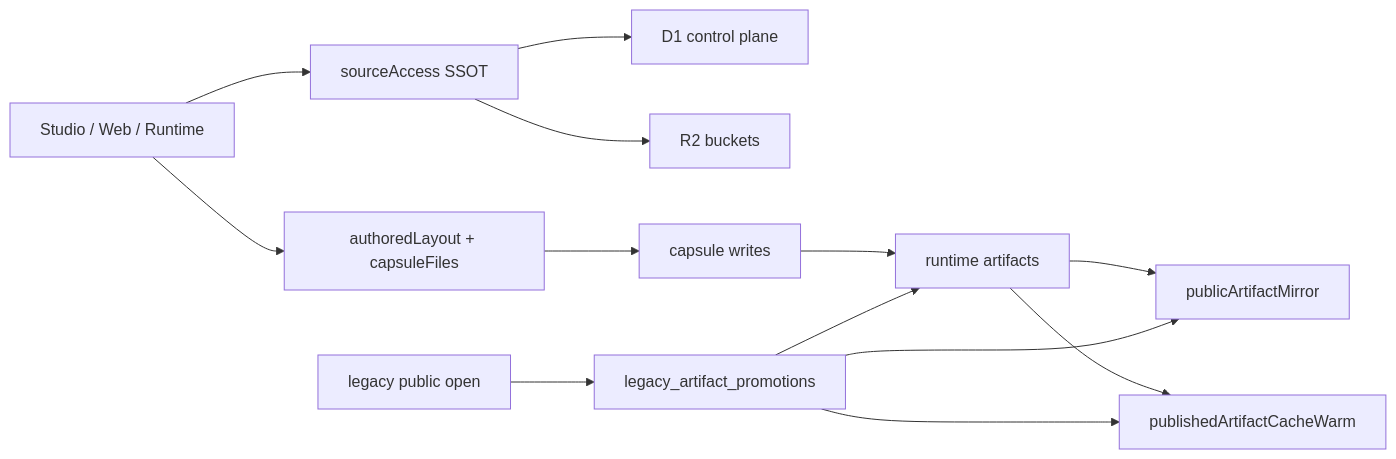
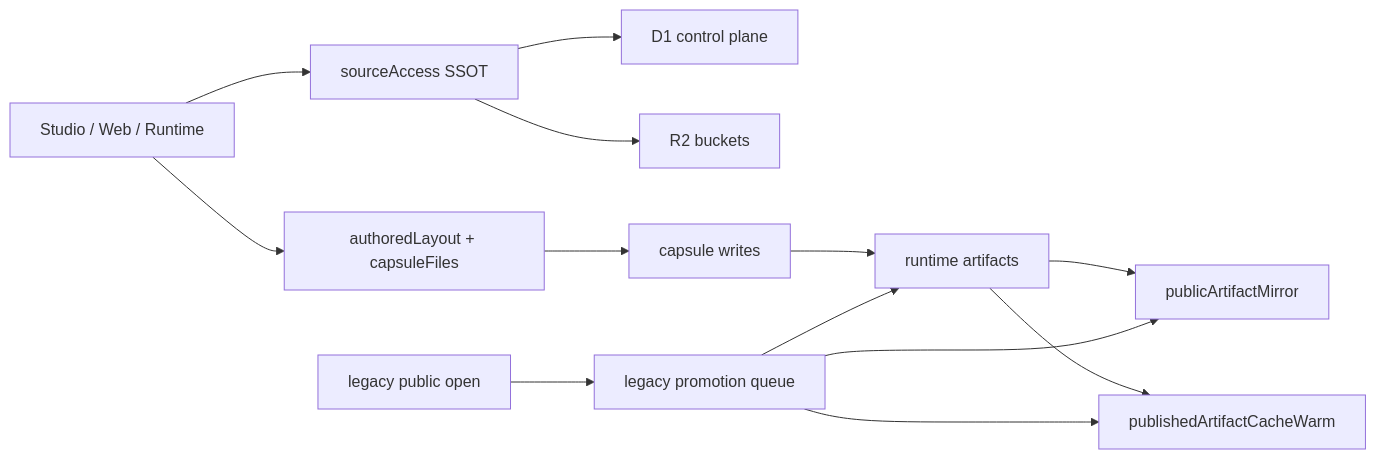
The diagram in docs/current-contract.md (Vibecodr-dot-Space/storage-in-public), drawn with Mermaid before and after one commit. The commit also changed other lines of this file and 12 other files, not shown here.

Commit message:
docs: redact source maps and direct schema references

````diff
--- a/docs/current-contract.md
+++ b/docs/current-contract.md
@@ -20,15 +20,15 @@
 ```mermaid
 flowchart LR
   Studio["Studio / Web / Runtime"] --> SourceAccess["sourceAccess SSOT"]
   Studio --> AuthoredLayout["authoredLayout + capsuleFiles"]
   SourceAccess --> D1["D1 control plane"]
   SourceAccess --> R2["R2 buckets"]
   AuthoredLayout --> Capsules["capsule writes"]
   Capsules --> Artifacts["runtime artifacts"]
   Artifacts --> Mirror["publicArtifactMirror"]
   Artifacts --> Warm["publishedArtifactCacheWarm"]
-  LegacyOpen["legacy public open"] --> Promo["legacy_artifact_promotions"]
+  LegacyOpen["legacy public open"] --> Promo["legacy promotion queue"]
   Promo --> Artifacts
   Promo --> Mirror
   Promo --> Warm
 ```
````
